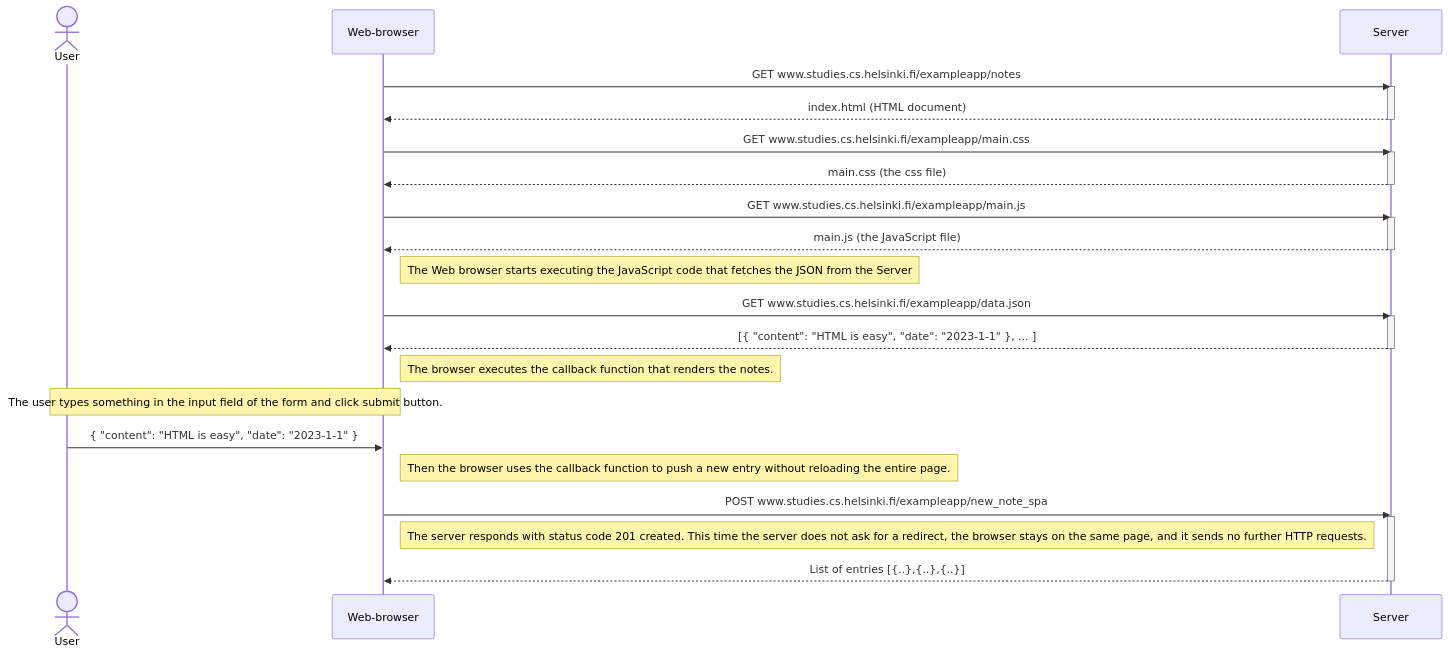
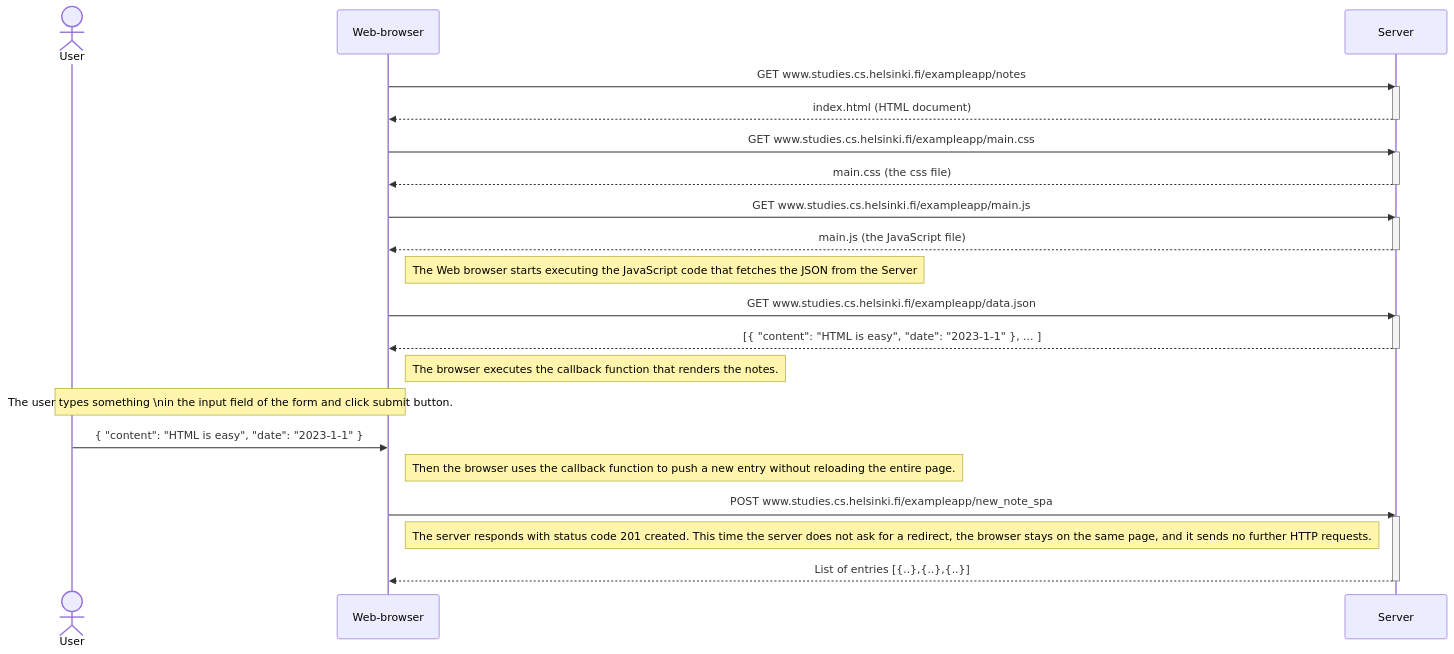
Before and after one commit to lonchanick/fullstackopen: the diagram in Part0/0.5.MD, drawn with Mermaid.

````diff
--- a/Part0/0.5.MD
+++ b/Part0/0.5.MD
@@ -1,43 +1,43 @@
 ```mermaid
 sequenceDiagram
 actor User
 participant Web-browser
 participant Server
 
 Web-browser->>Server: GET www.studies.cs.helsinki.fi/exampleapp/notes
 activate Server
 Server-->>Web-browser: index.html (HTML document)
 deactivate Server
 
 Web-browser->>Server: GET www.studies.cs.helsinki.fi/exampleapp/main.css
 activate Server
 Server-->>Web-browser: main.css (the css file)
 deactivate Server
 
 Web-browser->>Server: GET www.studies.cs.helsinki.fi/exampleapp/main.js
 activate Server
 Server-->>Web-browser: main.js (the JavaScript file)
 deactivate Server
 
 Note right of Web-browser: The Web browser starts executing the JavaScript code that fetches the JSON from the Server
 
 Web-browser->>Server: GET www.studies.cs.helsinki.fi/exampleapp/data.json
 activate Server
 Server-->>Web-browser: [{ "content": "HTML is easy", "date": "2023-1-1" }, ... ]
 deactivate Server
 
 Note right of Web-browser: The browser executes the callback function that renders the notes.
 
-Note over User,Web-browser: The user types something in the input  field of the form and click submit button.
+Note over User,Web-browser: The user types something \nin the input  field of the form and click submit button.
 User->>Web-browser:  { "content": "HTML is easy", "date": "2023-1-1" }
 
 Note right of Web-browser: Then the browser uses the callback function to push a new entry without reloading the entire page.
 
 Web-browser->>Server: POST www.studies.cs.helsinki.fi/exampleapp/new_note_spa 
 activate Server
 
 Note right of Web-browser: The server responds with status code 201 created. This time the server does not ask for a redirect, the browser stays on the same page, and it sends no further HTTP requests.
 
 Server-->>Web-browser: List of entries [{..},{..},{..}]
 deactivate Server
 ```
````
